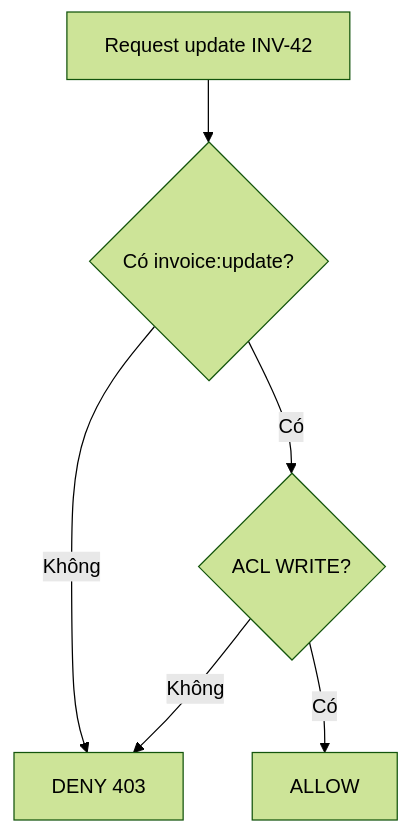
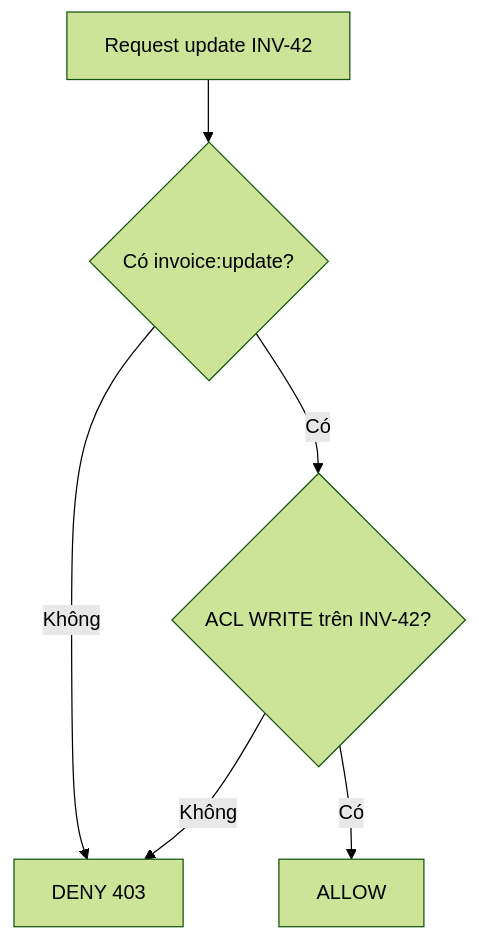
The third of 6 diagrams in content/docs/spring/access-control-models-rbac-acl.md (vanhiep99w/java-learn), drawn with Mermaid (forest theme) before and after one commit. The commit also changed other lines of this file, not shown here.

Commit message:
docs: clarify RBAC and ACL integration

````diff
--- a/content/docs/spring/access-control-models-rbac-acl.md
+++ b/content/docs/spring/access-control-models-rbac-acl.md
@@ -690,8 +789,8 @@
 ```mermaid
 flowchart TD
     A[Request update INV-42] --> B{Có invoice:update?}
     B -->|Không| D[DENY 403]
-    B -->|Có| E{ACL WRITE?}
+    B -->|Có| E{ACL WRITE trên INV-42?}
     E -->|Không| D
     E -->|Có| F[ALLOW]
 ```
````
